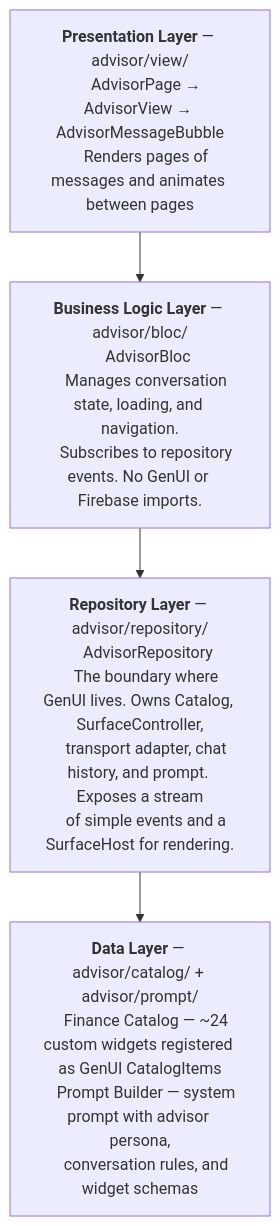
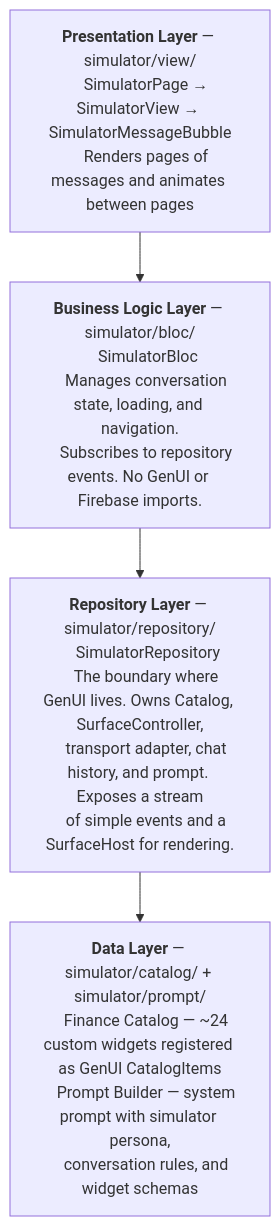
The diagram in README.md (VGVentures/genui_life_goal_simulator), drawn with Mermaid before and after one commit. The commit also changed other lines of this file and 299 other files, not shown here.

First line of the commit message:
refactor: rename Financial Advisor to Life Goal Simulator (#229)

````diff
--- a/README.md
+++ b/README.md
@@ -96,24 +96,24 @@
 ```mermaid
 graph TD
-    presentation["<b>Presentation Layer</b> — advisor/view/
-    AdvisorPage → AdvisorView → AdvisorMessageBubble
+    presentation["<b>Presentation Layer</b> — simulator/view/
+    SimulatorPage → SimulatorView → SimulatorMessageBubble
     Renders pages of messages and animates between pages"]
 
-    bloc["<b>Business Logic Layer</b> — advisor/bloc/
-    AdvisorBloc
+    bloc["<b>Business Logic Layer</b> — simulator/bloc/
+    SimulatorBloc
     Manages conversation state, loading, and navigation.
     Subscribes to repository events. No GenUI or Firebase imports."]
 
-    repo["<b>Repository Layer</b> — advisor/repository/
-    AdvisorRepository
+    repo["<b>Repository Layer</b> — simulator/repository/
+    SimulatorRepository
     The boundary where GenUI lives. Owns Catalog, SurfaceController,
     transport adapter, chat history, and prompt. Exposes a stream
     of simple events and a SurfaceHost for rendering."]
 
-    data["<b>Data Layer</b> — advisor/catalog/ + advisor/prompt/
+    data["<b>Data Layer</b> — simulator/catalog/ + simulator/prompt/
     Finance Catalog — ~24 custom widgets registered as GenUI CatalogItems
-    Prompt Builder — system prompt with advisor persona,
+    Prompt Builder — system prompt with simulator persona,
     conversation rules, and widget schemas"]
 
     presentation --> bloc --> repo --> data
 ```
````
